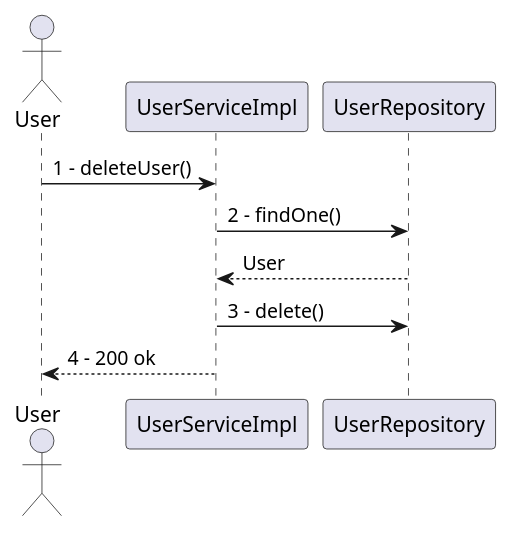
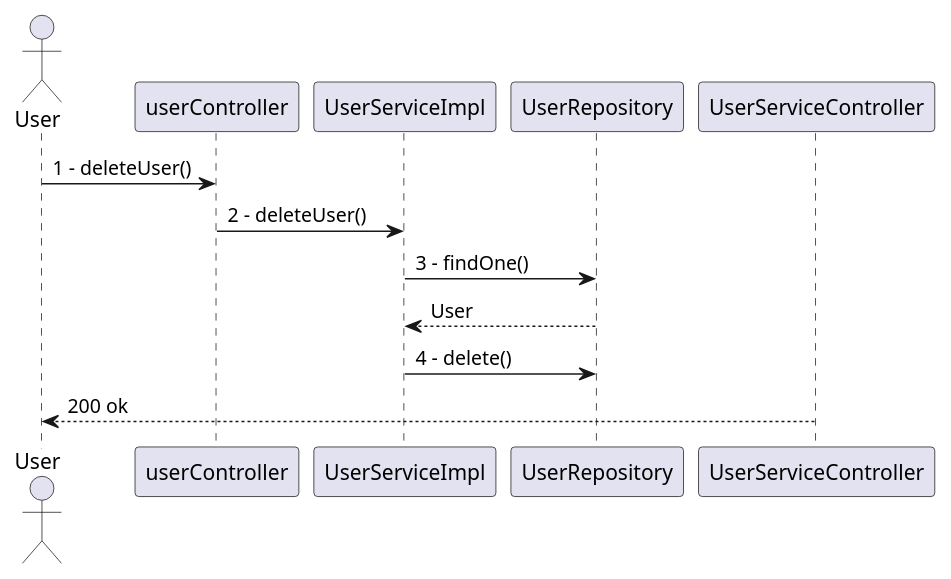
One commit to polito-se2-2020-team6/ezgas changed the seventh of 15 diagrams in docs/DesignDocument.md. Above: the diagram before and after it, drawn with PlantUML. The commit also changed other lines of this file, not shown here.

Commit message:
docs: add controller layer in user sequence diagrams

````diff
--- a/docs/DesignDocument.md
+++ b/docs/DesignDocument.md
@@ -503,10 +507,11 @@
 ```plantuml
 @startuml
 actor User as u
-u -> UserServiceImpl : 1 - deleteUser()
-UserServiceImpl -> UserRepository : 2 - findOne()
+u -> userController : 1 - deleteUser()
+userController ->UserServiceImpl :2 - deleteUser()
+UserServiceImpl -> UserRepository : 3 - findOne()
 UserRepository --> UserServiceImpl : User
-UserServiceImpl -> UserRepository : 3 - delete()
-UserServiceImpl --> u : 4 - 200 ok
+UserServiceImpl -> UserRepository : 4 - delete()
+UserServiceController --> u :  200 ok
 @enduml
 ```
````
